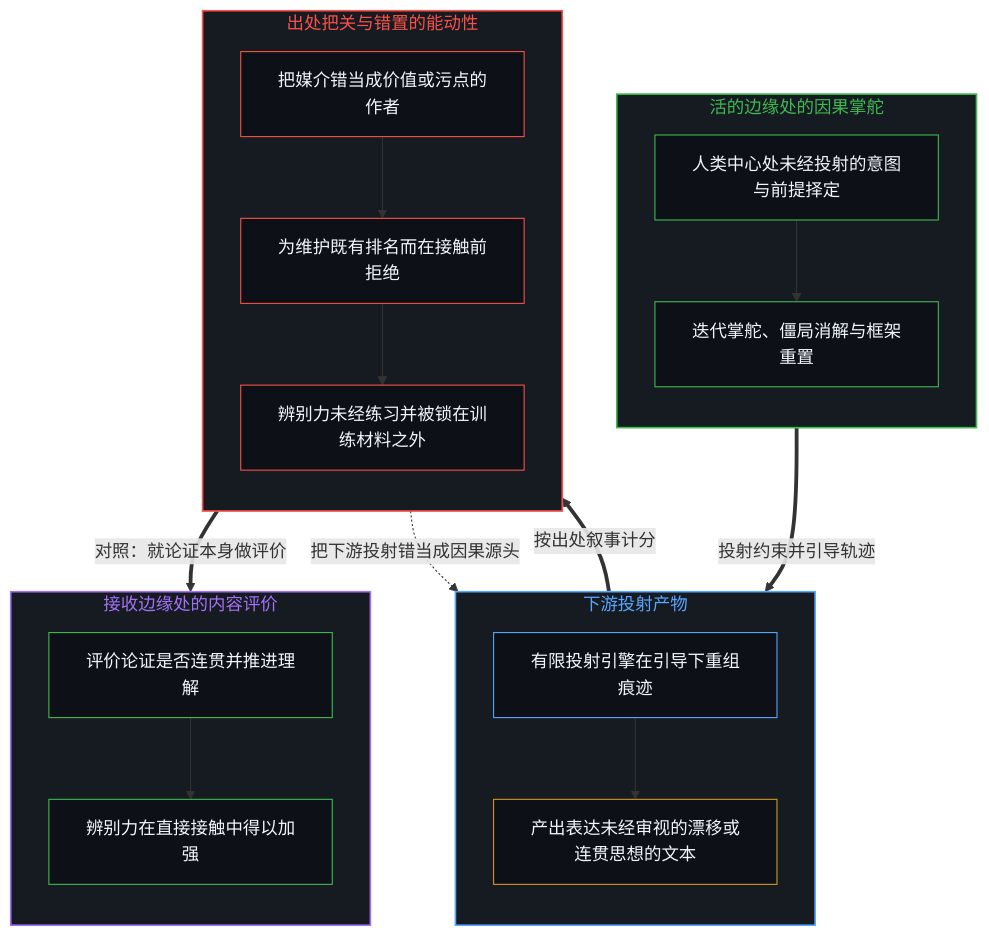
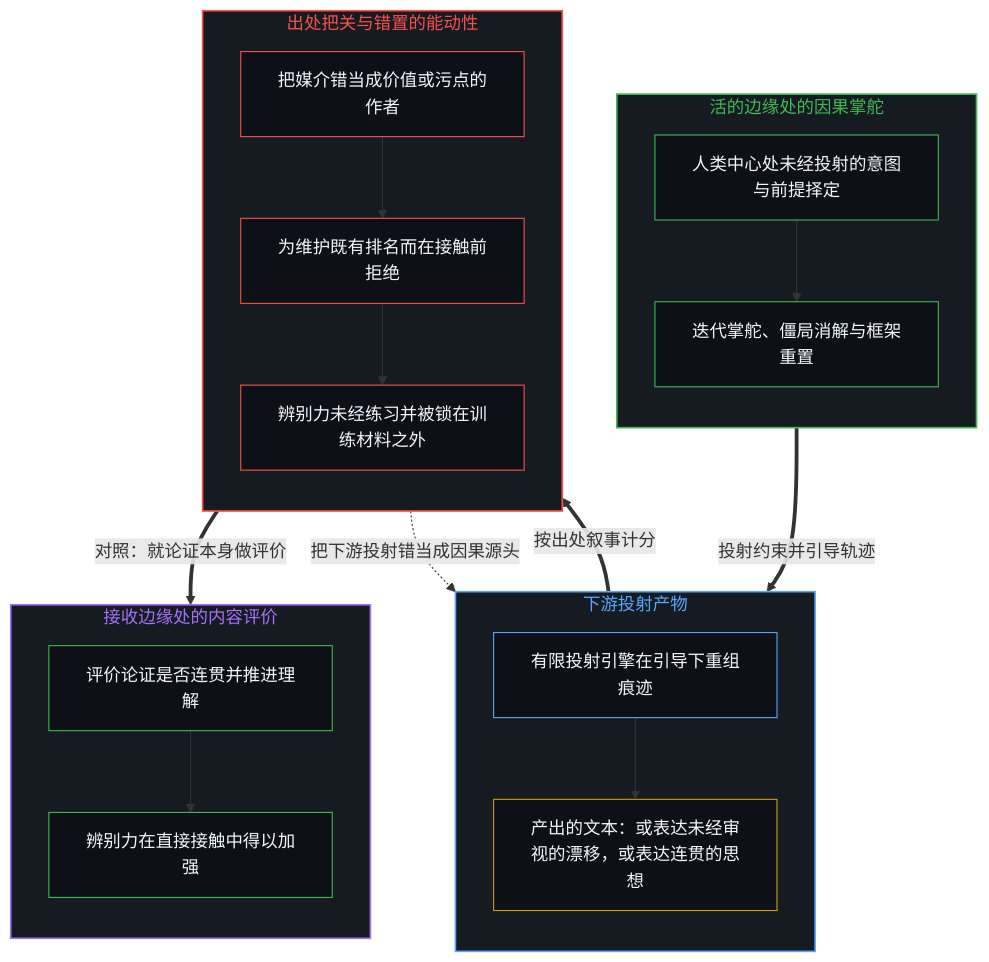
Before and after one commit to powerpig99/not-a-toe: the first of 2 diagrams in content/posts/the-distaste-for-ai-slop-is-no-different-from-the-recurring-historical-pattern.md, drawn with Mermaid. The commit also changed other lines of this file and 12 other files, not shown here.

````diff
--- a/content/posts/the-distaste-for-ai-slop-is-no-different-from-the-recurring-historical-pattern.md
+++ b/content/posts/the-distaste-for-ai-slop-is-no-different-from-the-recurring-historical-pattern.md
@@ -41,45 +41,45 @@
 ```mermaid
 flowchart TD
     subgraph S_Edge["活的边缘处的因果掌舵"]
         direction TB
         E1["人类中心处未经投射的意图与前提择定"]
         E2["迭代掌舵、僵局消解与框架重置"]
         E1 --> E2
     end
     subgraph S_Proj["下游投射产物"]
         direction TB
         M1["有限投射引擎在引导下重组痕迹"]
-        M2["产出表达未经审视的漂移或连贯思想的文本"]
+        M2["产出的文本：或表达未经审视的漂移，或表达连贯的思想"]
         M1 --> M2
     end
     subgraph S_Prov["出处把关与错置的能动性"]
         direction TB
         P1["把媒介错当成价值或污点的作者"]
         P2["为维护既有排名而在接触前拒绝"]
         P3["辨别力未经练习并被锁在训练材料之外"]
         P1 --> P2 --> P3
     end
     subgraph S_Cont["接收边缘处的内容评价"]
         direction TB
         C1["评价论证是否连贯并推进理解"]
         C2["辨别力在直接接触中得以加强"]
         C1 --> C2
     end
     E2 ==>|"投射约束并引导轨迹"| M1
     M2 ==>|"按出处叙事计分"| P1
     P3 ==>|"对照：就论证本身做评价"| C1
     P3 -.->|"把下游投射错当成因果源头"| M1
     style S_Edge fill:#161b22,stroke:#3fb950,stroke-width:1.5px,color:#3fb950
     style S_Proj fill:#161b22,stroke:#58a6ff,stroke-width:1.5px,color:#58a6ff
     style S_Prov fill:#161b22,stroke:#f85149,stroke-width:1.5px,color:#f85149
     style S_Cont fill:#161b22,stroke:#a371f7,stroke-width:1.5px,color:#a371f7
     style E1 fill:#0d1117,stroke:#3fb950,stroke-width:1px,color:#f0f6fc
     style E2 fill:#0d1117,stroke:#3fb950,stroke-width:1px,color:#f0f6fc
     style M1 fill:#0d1117,stroke:#58a6ff,stroke-width:1px,color:#f0f6fc
     style M2 fill:#0d1117,stroke:#d29922,stroke-width:1px,color:#f0f6fc
     style P1 fill:#0d1117,stroke:#f85149,stroke-width:1px,color:#f0f6fc
     style P2 fill:#0d1117,stroke:#f85149,stroke-width:1px,color:#f0f6fc
     style P3 fill:#0d1117,stroke:#f85149,stroke-width:1px,color:#f0f6fc
     style C1 fill:#0d1117,stroke:#3fb950,stroke-width:1px,color:#f0f6fc
     style C2 fill:#0d1117,stroke:#3fb950,stroke-width:1px,color:#f0f6fc
 ```
````
